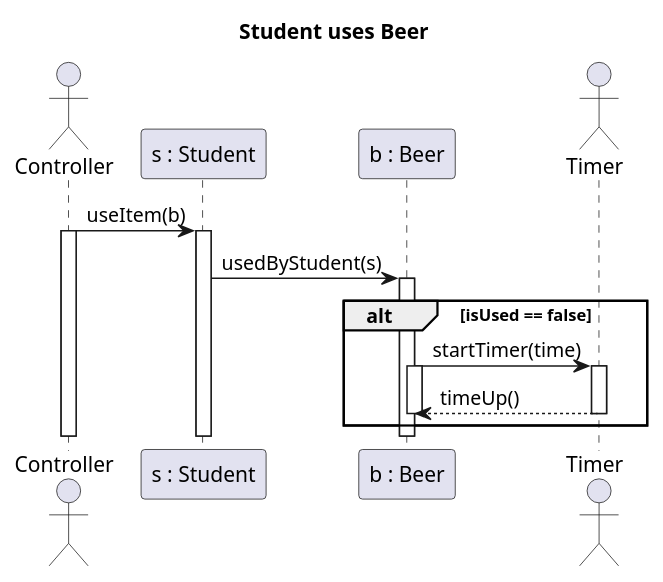
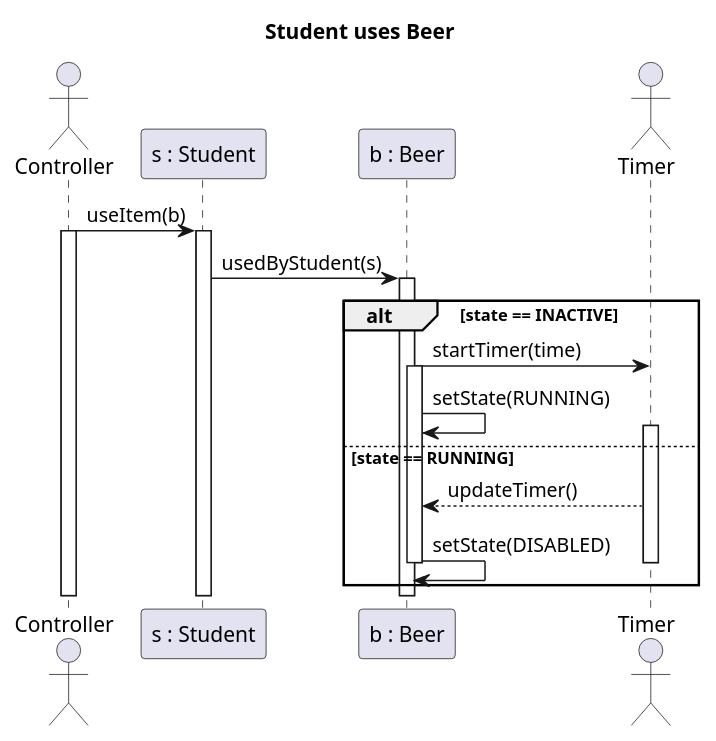
The diagram in Reko/beer.plantuml (MBakter/echo), drawn with PlantUML before and after one commit. The commit also changed 2 other files, not shown here.

```diff
--- a/Reko/beer.plantuml
+++ b/Reko/beer.plantuml
@@ -1,26 +1,30 @@
 @startuml Student uses Beer
 title Student uses Beer
 
 actor Controller as C
 participant "s : Student" as s
 participant "b : Beer" as b
 actor Timer as t
 
 C -> s : useItem(b)
 Activate C
 Activate s
 s -> b : usedByStudent(s)
 Activate b
-alt isUsed == false
+alt state == INACTIVE
 b -> t : startTimer(time)
 Activate b
+b -> b : setState(RUNNING)
+
+else state == RUNNING
 Activate t
-t --> b : timeUp()
+t --> b : updateTimer()
+b -> b : setState(DISABLED)
 Deactivate b
 Deactivate t
 end
 Deactivate b
 Deactivate s
 Deactivate C
 
 @enduml
```
